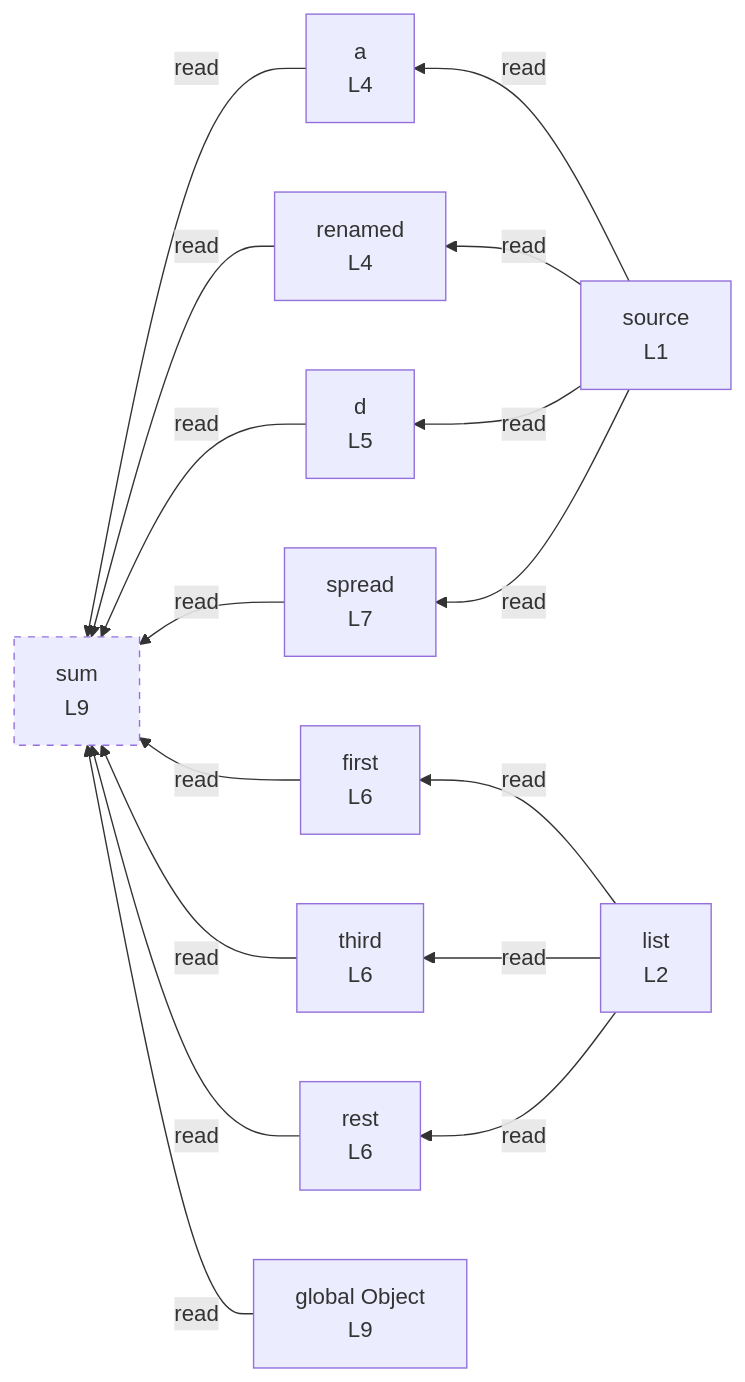
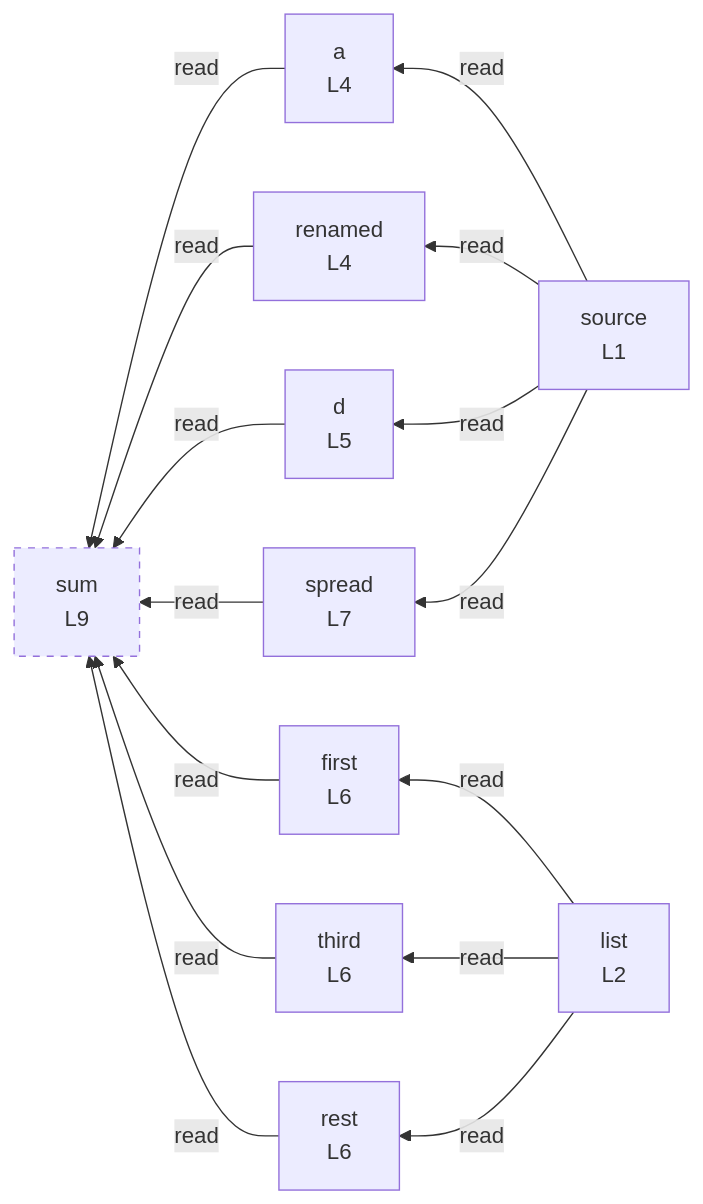
One commit to crescware/unsnarl changed the diagram in integration/fixtures/destructuring/preview.md. Above: the diagram before and after it, drawn with Mermaid. The commit also changed 21 other files, not shown here.

First line of the commit message:
feat(mermaid): hide receiver-only ImplicitGlobalVariables

````diff
--- a/integration/fixtures/destructuring/preview.md
+++ b/integration/fixtures/destructuring/preview.md
@@ -19,31 +19,29 @@
 ```mermaid
 flowchart RL
   n_scope_0_source_6["source<br/>L1"]
   n_scope_0_list_61["list<br/>L2"]
   n_scope_0_a_95["a<br/>L4"]
   n_scope_0_renamed_101["renamed<br/>L4"]
   n_scope_0_d_139["d<br/>L5"]
   n_scope_0_first_162["first<br/>L6"]
   n_scope_0_third_171["third<br/>L6"]
   n_scope_0_rest_181["rest<br/>L6"]
   n_scope_0_spread_206["spread<br/>L7"]
   n_scope_0_sum_232["sum<br/>L9"]
-  n_scope_0_Object_286["global Object<br/>L9"]
   n_scope_0_source_6 -->|read| n_scope_0_a_95
   n_scope_0_source_6 -->|read| n_scope_0_renamed_101
   n_scope_0_source_6 -->|read| n_scope_0_d_139
   n_scope_0_list_61 -->|read| n_scope_0_first_162
   n_scope_0_list_61 -->|read| n_scope_0_third_171
   n_scope_0_list_61 -->|read| n_scope_0_rest_181
   n_scope_0_source_6 -->|read| n_scope_0_spread_206
   n_scope_0_a_95 -->|read| n_scope_0_sum_232
   n_scope_0_renamed_101 -->|read| n_scope_0_sum_232
   n_scope_0_d_139 -->|read| n_scope_0_sum_232
   n_scope_0_first_162 -->|read| n_scope_0_sum_232
   n_scope_0_third_171 -->|read| n_scope_0_sum_232
   n_scope_0_rest_181 -->|read| n_scope_0_sum_232
-  n_scope_0_Object_286 -->|read| n_scope_0_sum_232
   n_scope_0_spread_206 -->|read| n_scope_0_sum_232
   classDef unused stroke-dasharray: 5 5;
   class n_scope_0_sum_232 unused;
 ```
````
